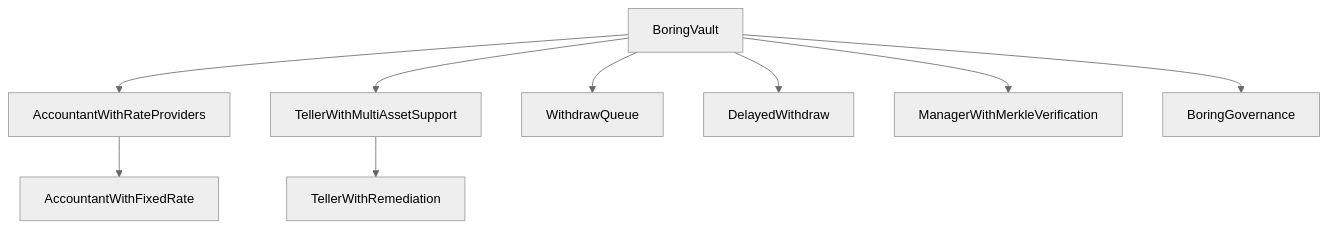
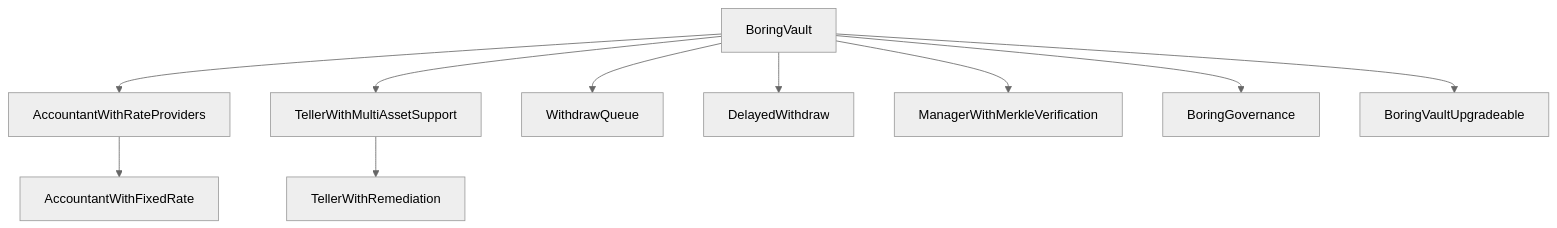
One commit to Merlinchain-io/boring-vault changed the first of 15 diagrams in roles.md. Above: the diagram before and after it, drawn with Mermaid (neutral theme). The commit also changed other lines of this file, not shown here.

````diff
--- a/roles.md
+++ b/roles.md
@@ -5,11 +5,12 @@
 ```mermaid
 graph TD
     A[BoringVault] --> B[AccountantWithRateProviders]
     A --> C[TellerWithMultiAssetSupport]
     A --> D[WithdrawQueue]
     A --> E[DelayedWithdraw]
     A --> F[ManagerWithMerkleVerification]
     A --> G[BoringGovernance]
-    B --> H[AccountantWithFixedRate]
-    C --> I[TellerWithRemediation]
+    A --> H[BoringVaultUpgradeable]
+    B --> I[AccountantWithFixedRate]
+    C --> J[TellerWithRemediation]
 ```
````
